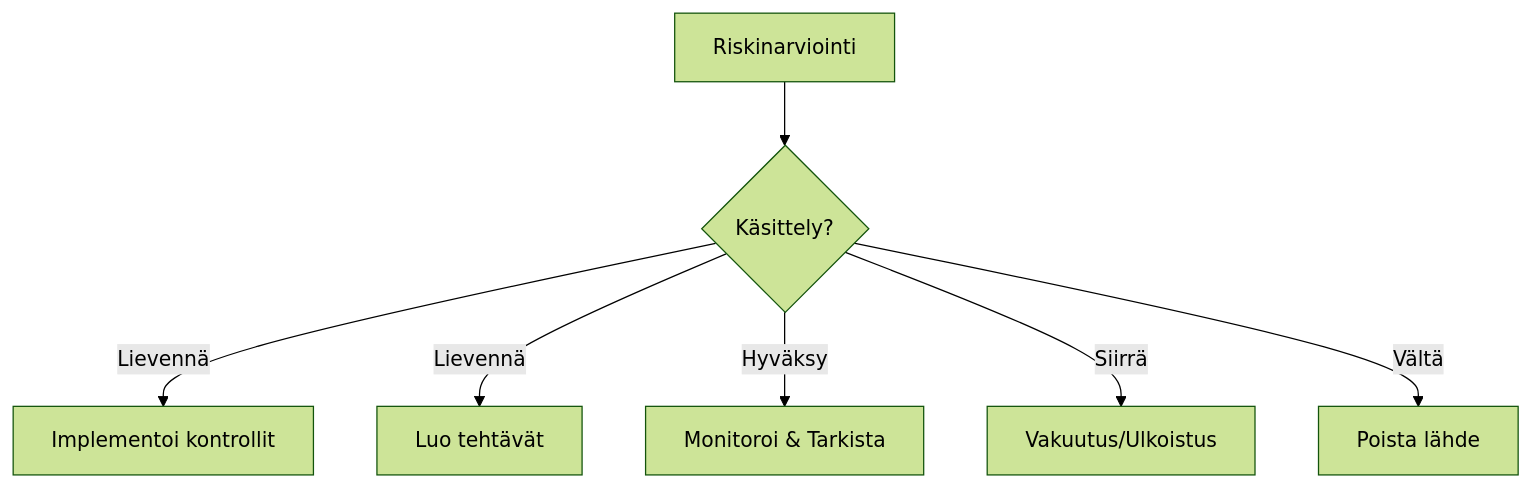
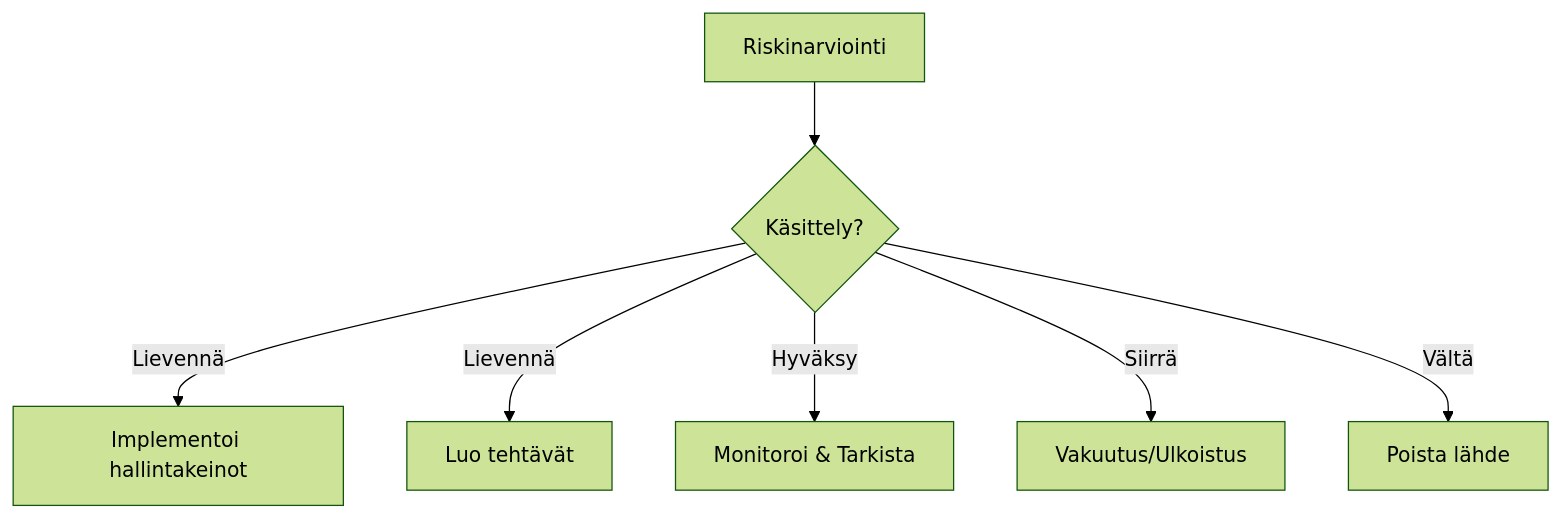
The diagram in i18n/fi/docusaurus-plugin-content-docs/current/user-guide/risks/risk-treatment.md (tekve/gover-docs), drawn with Mermaid (forest theme) before and after one commit. The commit also changed other lines of this file and 38 other files, not shown here.

Commit message:
Rename Kontrollit to Hallintakeinot in Finnish

````diff
--- a/i18n/fi/docusaurus-plugin-content-docs/current/user-guide/risks/risk-treatment.md
+++ b/i18n/fi/docusaurus-plugin-content-docs/current/user-guide/risks/risk-treatment.md
@@ -11,9 +11,9 @@
 ```mermaid
 flowchart TD
     RA[Riskinarviointi] --> A{Käsittely?}
-    A -->|Lievennä| M[Implementoi kontrollit]
+    A -->|Lievennä| M[Implementoi hallintakeinot]
     A -->|Lievennä| T[Luo tehtävät]
     A -->|Hyväksy| AC[Monitoroi & Tarkista]
     A -->|Siirrä| TR[Vakuutus/Ulkoistus]
     A -->|Vältä| AV[Poista lähde]
 ```
````
